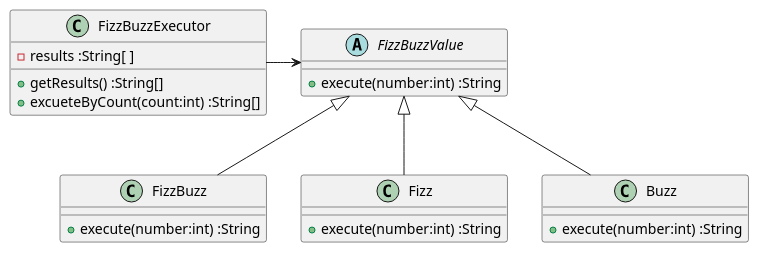
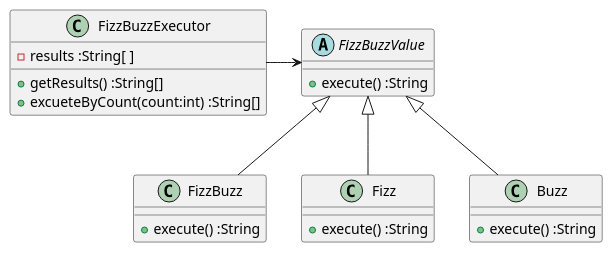
One commit to k2works/etude_for_java changed the first of 2 diagrams in docs/src/fizzbuzz.md. Above: the diagram before and after it, drawn with PlantUML. The commit also changed other lines of this file and 3 other files, not shown here.

````diff
--- a/docs/src/fizzbuzz.md
+++ b/docs/src/fizzbuzz.md
@@ -31,26 +31,26 @@
 ```puml
 @startuml
 class FizzBuzzExecutor {
   -results :String[ ]
   +getResults() :String[]  
   +excueteByCount(count:int) :String[]
 }
 abstract class FizzBuzzValue {
-  +execute(number:int) :String
+  +execute() :String
 }
 class FizzBuzz {
-  +execute(number:int) :String
+  +execute() :String
 }
 class Fizz {
-  +execute(number:int) :String
+  +execute() :String
 }
 class Buzz {
-  +execute(number:int) :String  
+  +execute() :String  
 }
 FizzBuzzExecutor -> FizzBuzzValue
 FizzBuzzValue <|-- Fizz
 FizzBuzzValue <|-- Buzz
 FizzBuzzValue <|-- FizzBuzz
 
 @enduml
 ```
````
